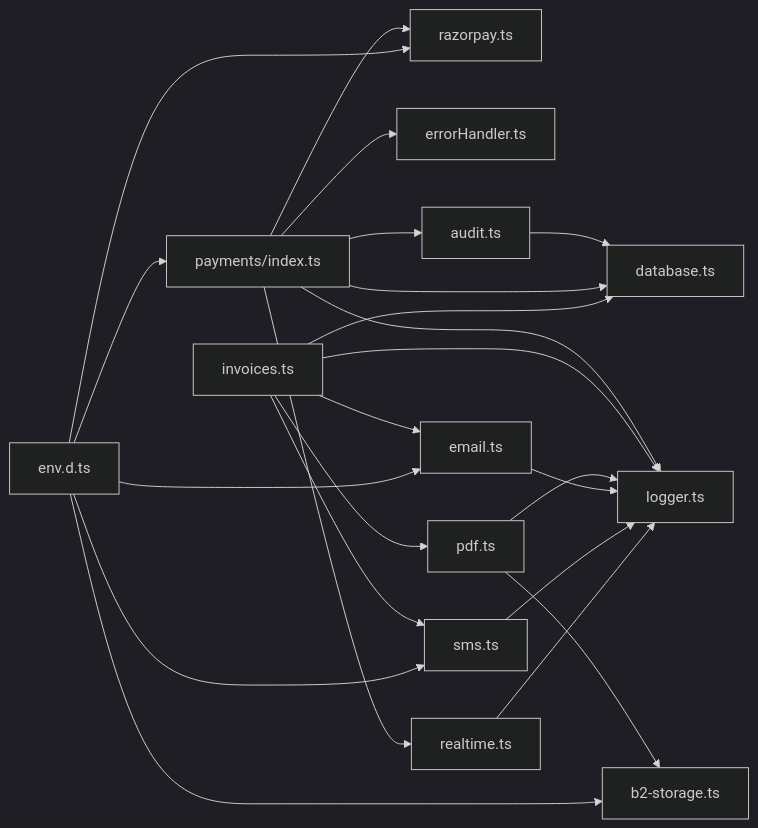
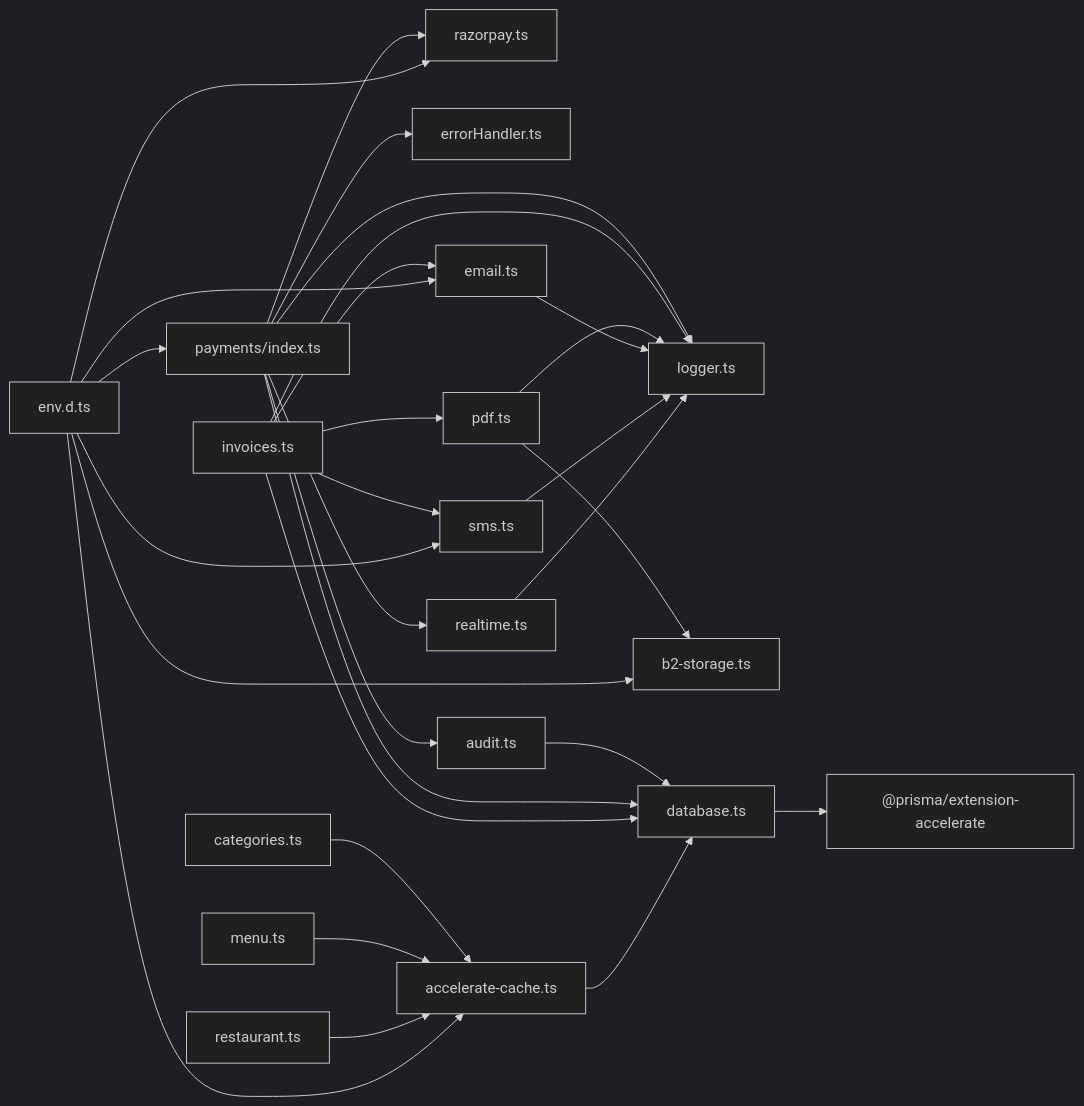
Diagram 11 of 11 in .qoder/repowiki/en/content/Backend System/Utility Libraries/Utility Libraries.md (Dequeue-Tech/DeQ-Bite), drawn with Mermaid (dark theme) before and after one commit. The commit also changed other lines of this file and 25 other files, not shown here.

````diff
--- a/.qoder/repowiki/en/content/Backend System/Utility Libraries/Utility Libraries.md
+++ b/.qoder/repowiki/en/content/Backend System/Utility Libraries/Utility Libraries.md
@@ -442,25 +535,31 @@
 ```mermaid
 graph LR
 Payments["payments/index.ts"] --> Razorpay["razorpay.ts"]
 Payments --> ErrorHandler["errorHandler.ts"]
 Payments --> Audit["audit.ts"]
 Payments --> Realtime["realtime.ts"]
 Payments --> Logger["logger.ts"]
 Invoices["invoices.ts"] --> PDF["pdf.ts"]
 Invoices --> Email["email.ts"]
 Invoices --> SMS["sms.ts"]
 Invoices --> Logger
 PDF --> B2["b2-storage.ts"]
 PDF --> Logger
 Email --> Logger
 SMS --> Logger
 Realtime --> Logger
 Audit --> DB["database.ts"]
 Payments --> DB
 Invoices --> DB
+Categories["categories.ts"] --> ACC["accelerate-cache.ts"]
+Menu["menu.ts"] --> ACC
+RestaurantMW["restaurant.ts"] --> ACC
+ACC --> DB
+DB --> PrismaExt["@prisma/extension-accelerate"]
 Env["env.d.ts"] --> Payments
 Env --> Email
 Env --> SMS
 Env --> B2
 Env --> Razorpay
+Env --> ACC
 ```
````
